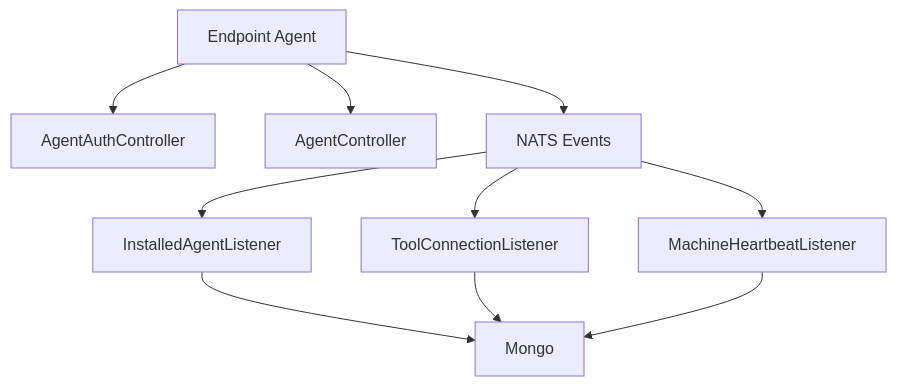
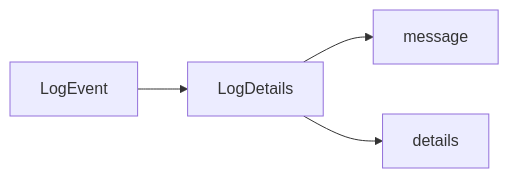
One commit to flamingo-stack/openframe-oss-lib changed the diagram in docs/diagrams/architecture/README-4.mmd. Above: the diagram before and after it, drawn with Mermaid. The commit also changed 17 other files, not shown here.

Commit message:
docs: Stage 2 - Architecture analysis (3 files) [skip ci]

```diff
--- a/docs/diagrams/architecture/README-4.mmd
+++ b/docs/diagrams/architecture/README-4.mmd
@@ -1,12 +1,4 @@
-flowchart TD
-    Agent["Endpoint Agent"] --> Auth["AgentAuthController"]
-    Agent --> Register["AgentController"]
-    Agent --> NATS["NATS Events"]
-
-    NATS --> Installed["InstalledAgentListener"]
-    NATS --> ToolConn["ToolConnectionListener"]
-    NATS --> Heartbeat["MachineHeartbeatListener"]
-
-    Installed --> Mongo
-    ToolConn --> Mongo
-    Heartbeat --> Mongo
+flowchart LR
+    Summary["LogEvent"] --> Detail["LogDetails"]
+    Detail --> Message["message"]
+    Detail --> Extra["details"]
```
